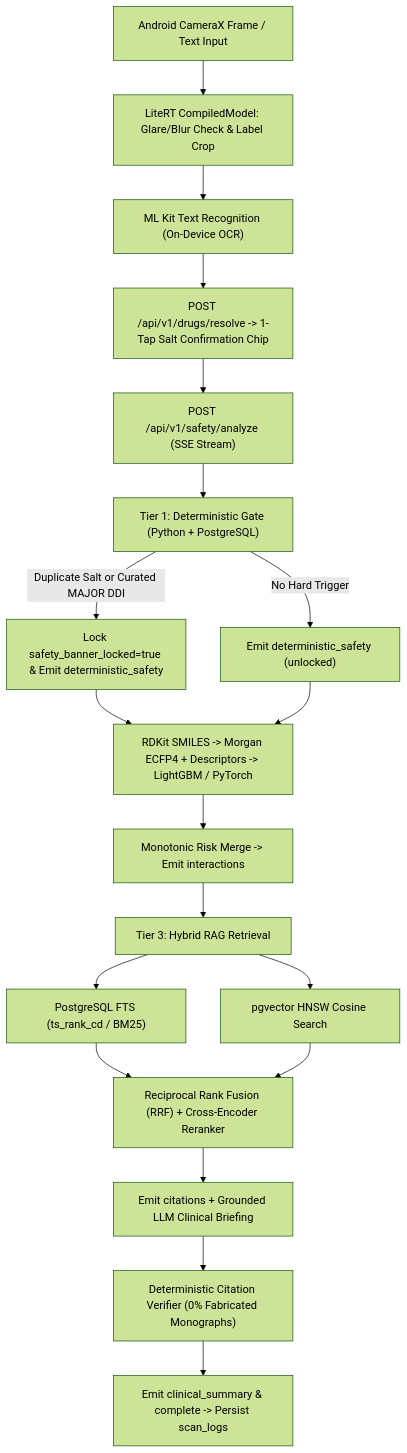
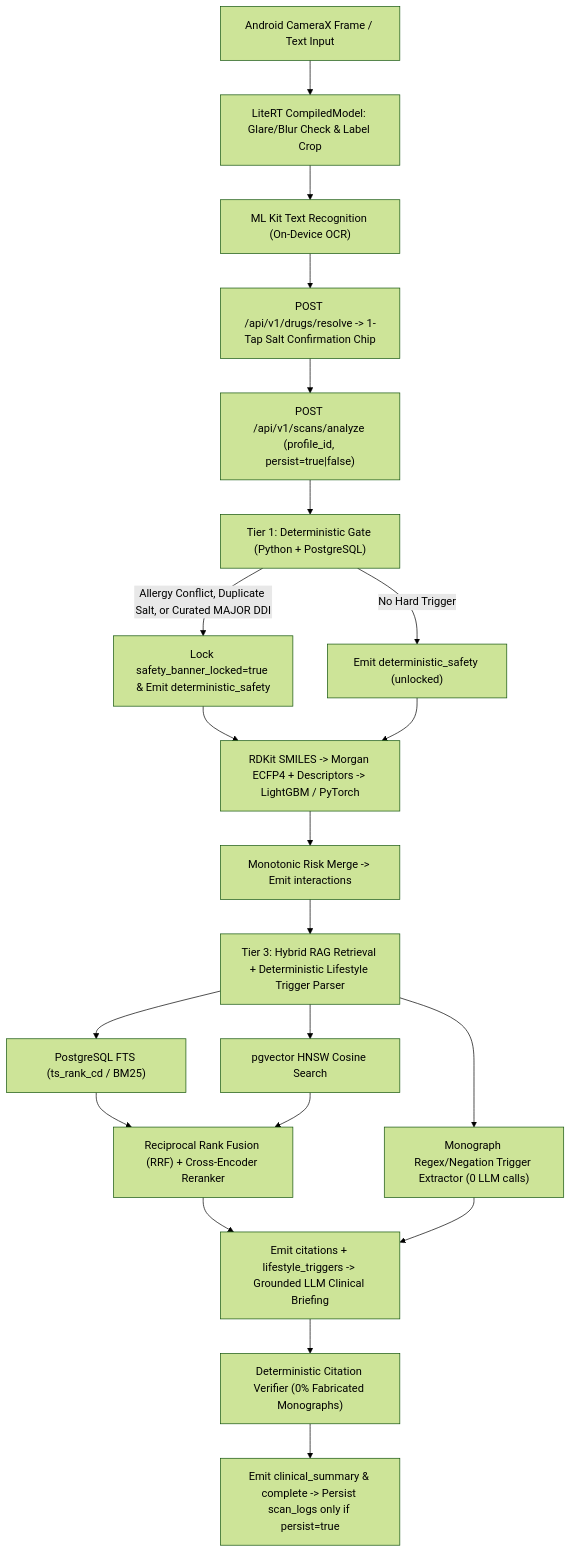
The diagram in ARCHITECTURE.md (hrdk6/PillScope), drawn with Mermaid (forest theme) before and after one commit. The commit also changed other lines of this file and 79 other files, not shown here.

First line of the commit message:
feat: multi-profile safety backend and Material 3 Expressive Android app

````diff
--- a/ARCHITECTURE.md
+++ b/ARCHITECTURE.md
@@ -360,24 +601,26 @@
 ```mermaid
 flowchart TD
     A["Android CameraX Frame / Text Input"] --> B["LiteRT CompiledModel: Glare/Blur Check & Label Crop"]
     B --> C["ML Kit Text Recognition (On-Device OCR)"]
     C --> D["POST /api/v1/drugs/resolve -> 1-Tap Salt Confirmation Chip"]
-    D --> E["POST /api/v1/safety/analyze (SSE Stream)"]
+    D --> E["POST /api/v1/scans/analyze (profile_id, persist=true|false)"]
 
     E --> F["Tier 1: Deterministic Gate (Python + PostgreSQL)"]
-    F -->|"Duplicate Salt or Curated MAJOR DDI"| G["Lock safety_banner_locked=true & Emit deterministic_safety"]
+    F -->|"Allergy Conflict, Duplicate Salt, or Curated MAJOR DDI"| G["Lock safety_banner_locked=true & Emit deterministic_safety"]
     F -->|"No Hard Trigger"| H["Emit deterministic_safety (unlocked)"]
 
     G --> I["Tier 2: Pairwise Molecular DDI Scorer"]
     H --> I
     I["RDKit SMILES -> Morgan ECFP4 + Descriptors -> LightGBM / PyTorch"] --> J["Monotonic Risk Merge -> Emit interactions"]
 
-    J --> K["Tier 3: Hybrid RAG Retrieval"]
+    J --> K["Tier 3: Hybrid RAG Retrieval + Deterministic Lifestyle Trigger Parser"]
     K --> K1["PostgreSQL FTS (ts_rank_cd / BM25)"]
     K --> K2["pgvector HNSW Cosine Search"]
+    K --> K3["Monograph Regex/Negation Trigger Extractor (0 LLM calls)"]
     K1 --> L["Reciprocal Rank Fusion (RRF) + Cross-Encoder Reranker"]
     K2 --> L
-    L --> M["Emit citations + Grounded LLM Clinical Briefing"]
+    L --> M["Emit citations + lifestyle_triggers -> Grounded LLM Clinical Briefing"]
+    K3 --> M
     M --> N["Deterministic Citation Verifier (0% Fabricated Monographs)"]
-    N --> O["Emit clinical_summary & complete -> Persist scan_logs"]
+    N --> O["Emit clinical_summary & complete -> Persist scan_logs only if persist=true"]
 ```
````
